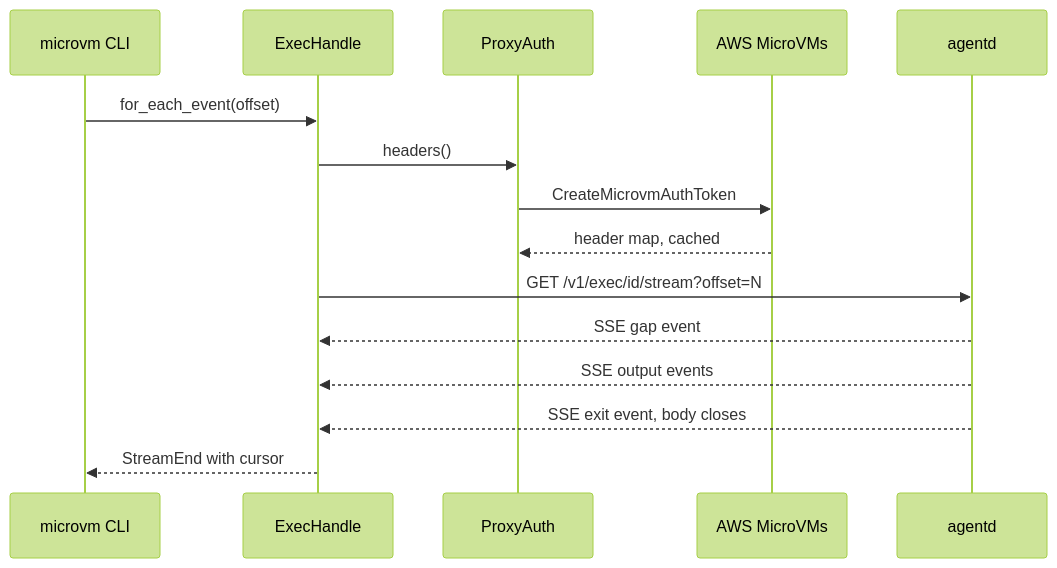
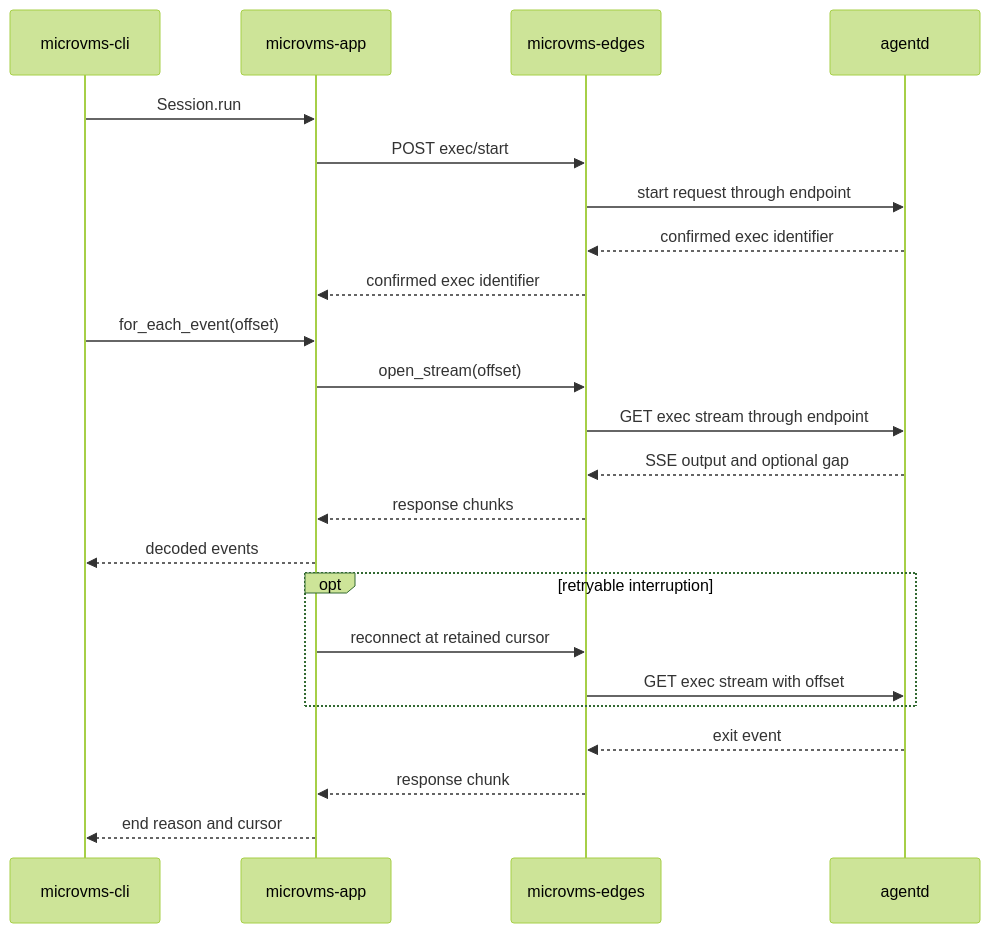
The second of 3 diagrams in docs/architecture/data-flow.md (laithalsaadoon/microvms-agentd), drawn with Mermaid (forest theme) before and after one commit. The commit also changed other lines of this file and 19 other files, not shown here.

````diff
--- a/docs/architecture/data-flow.md
+++ b/docs/architecture/data-flow.md
@@ -116,17 +73,25 @@
 ```mermaid
 sequenceDiagram
-    participant CLI as microvm CLI
-    participant Handle as ExecHandle
-    participant Proxy as ProxyAuth
-    participant AWS as AWS MicroVMs
+    participant CLI as microvms-cli
+    participant App as microvms-app
+    participant Edges as microvms-edges
     participant Daemon as agentd
-    CLI->>Handle: for_each_event(offset)
-    Handle->>Proxy: headers()
-    Proxy->>AWS: CreateMicrovmAuthToken
-    AWS-->>Proxy: header map, cached
-    Handle->>Daemon: GET /v1/exec/id/stream?offset=N
-    Daemon-->>Handle: SSE gap event
-    Daemon-->>Handle: SSE output events
-    Daemon-->>Handle: SSE exit event, body closes
-    Handle-->>CLI: StreamEnd with cursor
+    CLI->>App: Session.run
+    App->>Edges: POST exec/start
+    Edges->>Daemon: start request through endpoint
+    Daemon-->>Edges: confirmed exec identifier
+    Edges-->>App: confirmed exec identifier
+    CLI->>App: for_each_event(offset)
+    App->>Edges: open_stream(offset)
+    Edges->>Daemon: GET exec stream through endpoint
+    Daemon-->>Edges: SSE output and optional gap
+    Edges-->>App: response chunks
+    App-->>CLI: decoded events
+    opt retryable interruption
+        App->>Edges: reconnect at retained cursor
+        Edges->>Daemon: GET exec stream with offset
+    end
+    Daemon-->>Edges: exit event
+    Edges-->>App: response chunk
+    App-->>CLI: end reason and cursor
 ```
````
